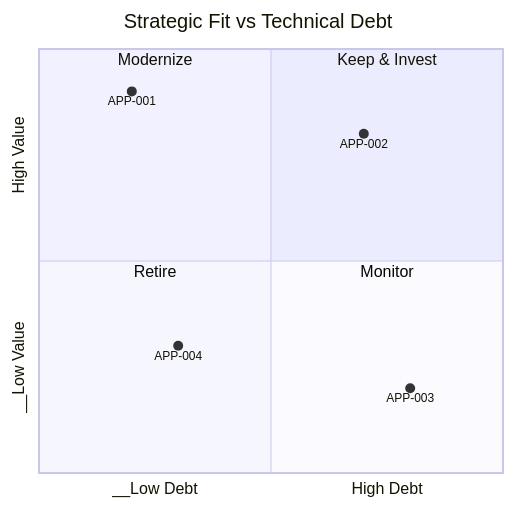
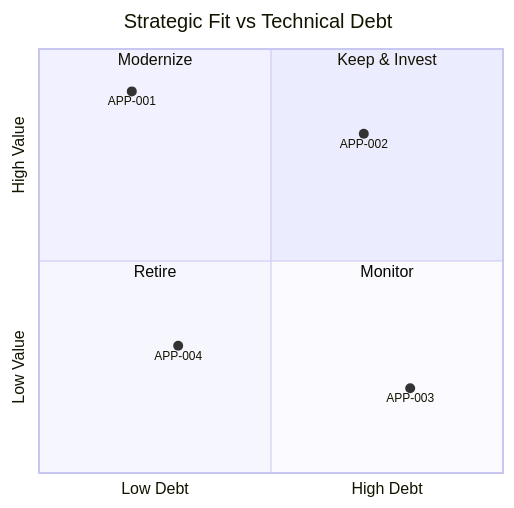
Before and after one commit to terrygzhou/arc-kit: the first of 4 diagrams in plugins/arckit-claude/plugins/togaf/adm/templates/application-inventory-template.md, drawn with Mermaid. The commit also changed other lines of this file and 62 other files, not shown here.

Commit message:
fix: make shipped ADM templates render conforming artefacts (14-field Document Control, canonical revision-history columns, valid mermaid)

````diff
--- a/plugins/arckit-claude/plugins/togaf/adm/templates/application-inventory-template.md
+++ b/plugins/arckit-claude/plugins/togaf/adm/templates/application-inventory-template.md
@@ -68,15 +77,15 @@
 ```mermaid
 quadrantChart
     title Strategic Fit vs Technical Debt
-    x-axis__Low Debt --> High Debt
-    y-axis__Low Value --> High Value
+    x-axisLow Debt --> High Debt
+    y-axisLow Value --> High Value
     quadrant-1 Keep & Invest
     quadrant-2 Modernize
     quadrant-3 Retire
     quadrant-4 Monitor
-    %% Place applications here — format: [name, (x, y)]
+    %% Place applications here — format: "name": [x, y]
     "APP-001": [0.2, 0.9]
     "APP-002": [0.7, 0.8]
     "APP-003": [0.8, 0.2]
     "APP-004": [0.3, 0.3]
 ```
````
